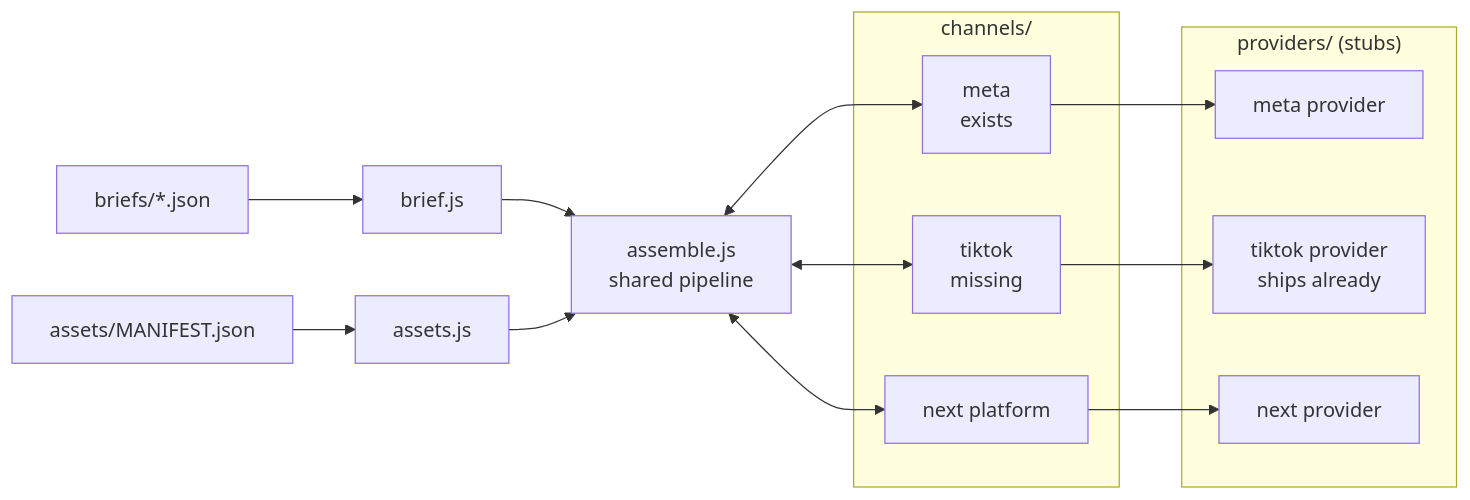
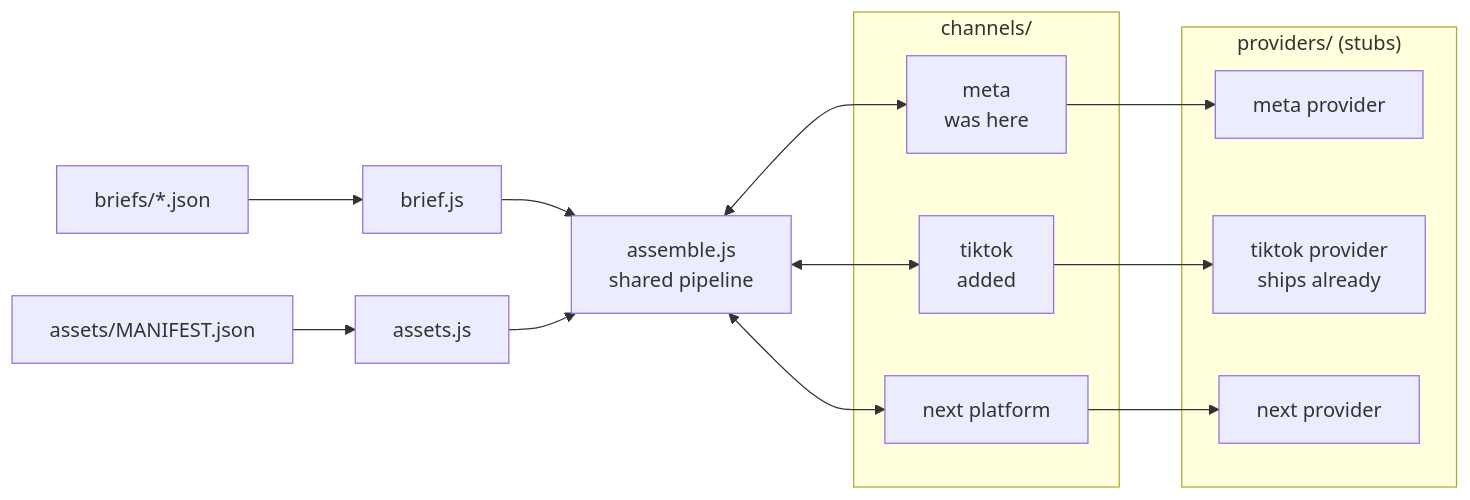
Before and after one commit to dipendraupreti/hiring-ad-package-assembler: the first of 2 diagrams in ARCHITECTURE.md, drawn with Mermaid. The commit also changed other lines of this file and 7 other files, not shown here.

````diff
--- a/ARCHITECTURE.md
+++ b/ARCHITECTURE.md
@@ -19,27 +19,27 @@
 ```mermaid
 flowchart LR
     B["briefs/*.json"] --> BJ["brief.js"]
     A["assets/MANIFEST.json"] --> AJ["assets.js"]
 
     BJ --> ASM["assemble.js<br/>shared pipeline"]
     AJ --> ASM
 
     subgraph CH["channels/"]
-        M["meta<br/>exists"]
-        T["tiktok<br/>missing"]
+        M["meta<br/>was here"]
+        T["tiktok<br/>added"]
         N["next platform"]
     end
 
     subgraph PR["providers/ (stubs)"]
         MP["meta provider"]
         TP["tiktok provider<br/>ships already"]
         NP["next provider"]
     end
 
     ASM <--> M
     ASM <--> T
     ASM <--> N
     M --> MP
     T --> TP
     N --> NP
 ```
````
